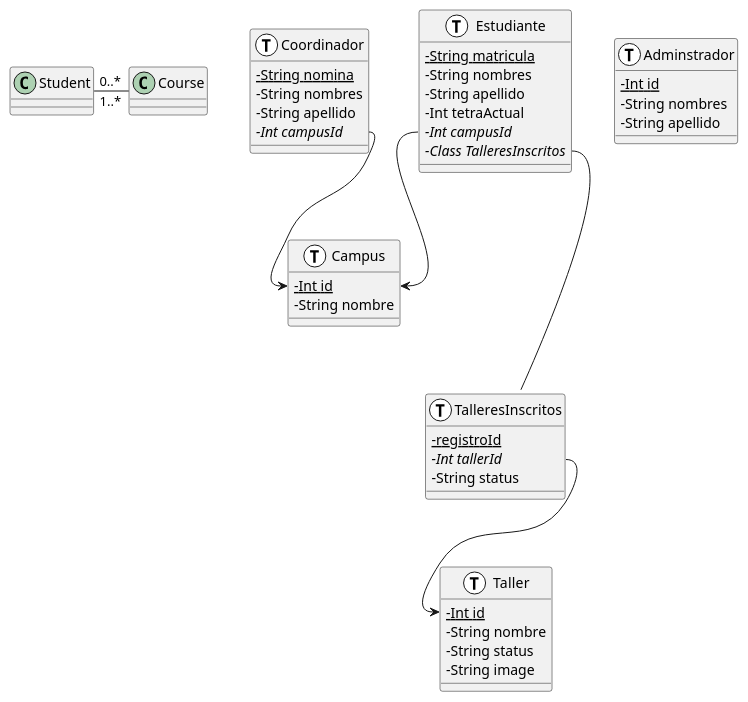
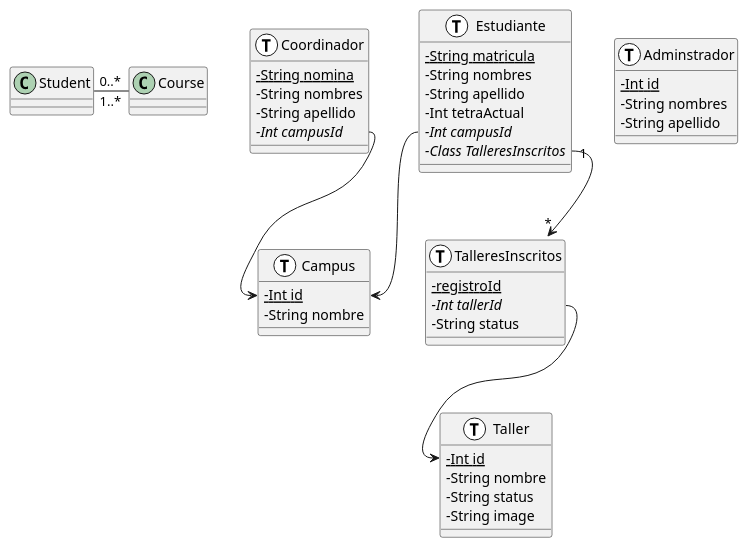
One commit to facund015/codeRelatedObsidianNotes changed the diagram in Reto/Base de datos.md. Above: the diagram before and after it, drawn with PlantUML.

Commit message:
vault backup: 2021-10-12 12:35:07

````diff
--- a/Reto/Base de datos.md
+++ b/Reto/Base de datos.md
@@ -2,54 +2,54 @@
 ```plantuml
 @startuml
 skinparam classAttributeIconSize 0
 class Estudiante <<(T,white)>> {
 	{static} - String matricula
 	-String nombres
 	-String apellido
 	-Int tetraActual
 	{abstract} -Int campusId
 	{abstract} -Class TalleresInscritos
 }
 
 class Campus <<(T,white)>> {
 	{static} -Int id
 	-String nombre
 }
 
 class TalleresInscritos <<(T,white)>> {
 	{static} -registroId 
 	{abstract} -Int tallerId
 	-String status
 }
 
 class Coordinador <<(T,white)>> {
 	{static} -String nomina
 	-String nombres
 	-String apellido
 	{abstract} -Int campusId
 }
 
 class Taller <<(T,white)>> {
     {static} -Int id 
     - String nombre
     - String status
     - String image
 }
 
 
 class Adminstrador <<(T,white)>> {
 	{static} -Int id
 	-String nombres
 	-String apellido
 }
 
 
 Student "0..*" - "1..*" Course
 
-Estudiante::TalleresInscritos --- TalleresInscritos
+Estudiante::TalleresInscritos "1" --> "*"TalleresInscritos
 TalleresInscritos::tallerId --> Taller::id
 Estudiante::campusId --> Campus::id
 Coordinador::campusId --> Campus::id 
 
 @enduml
 ```
````
